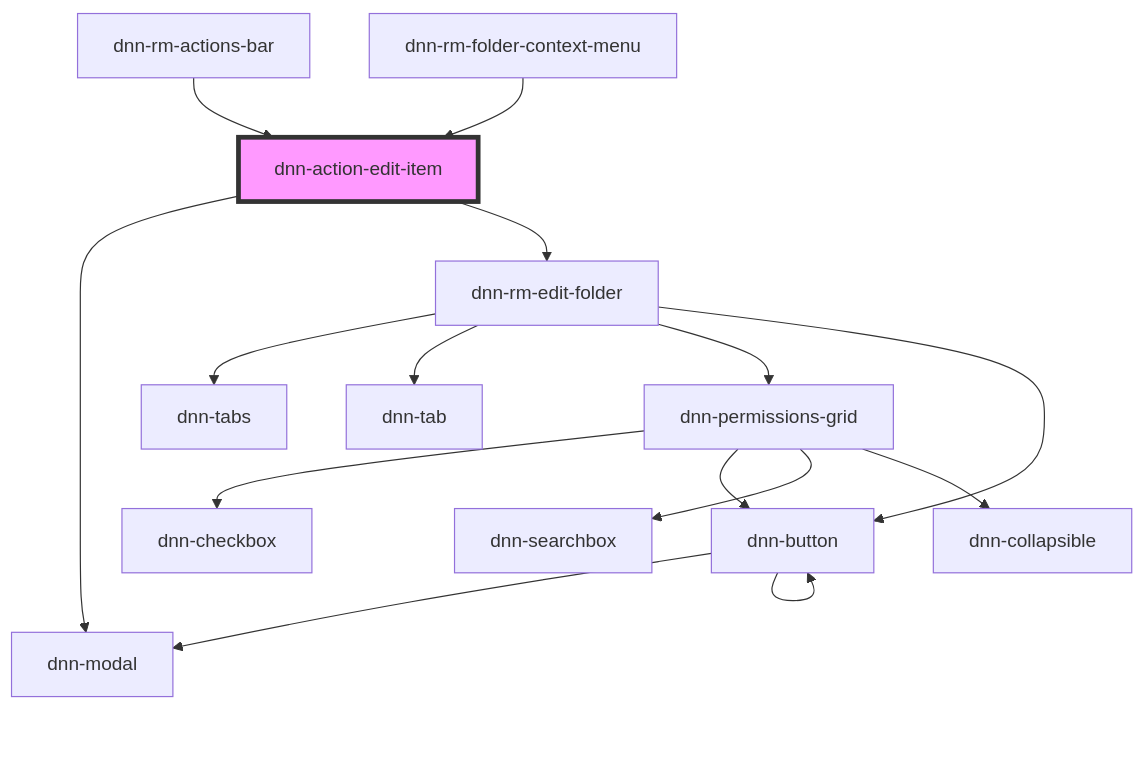
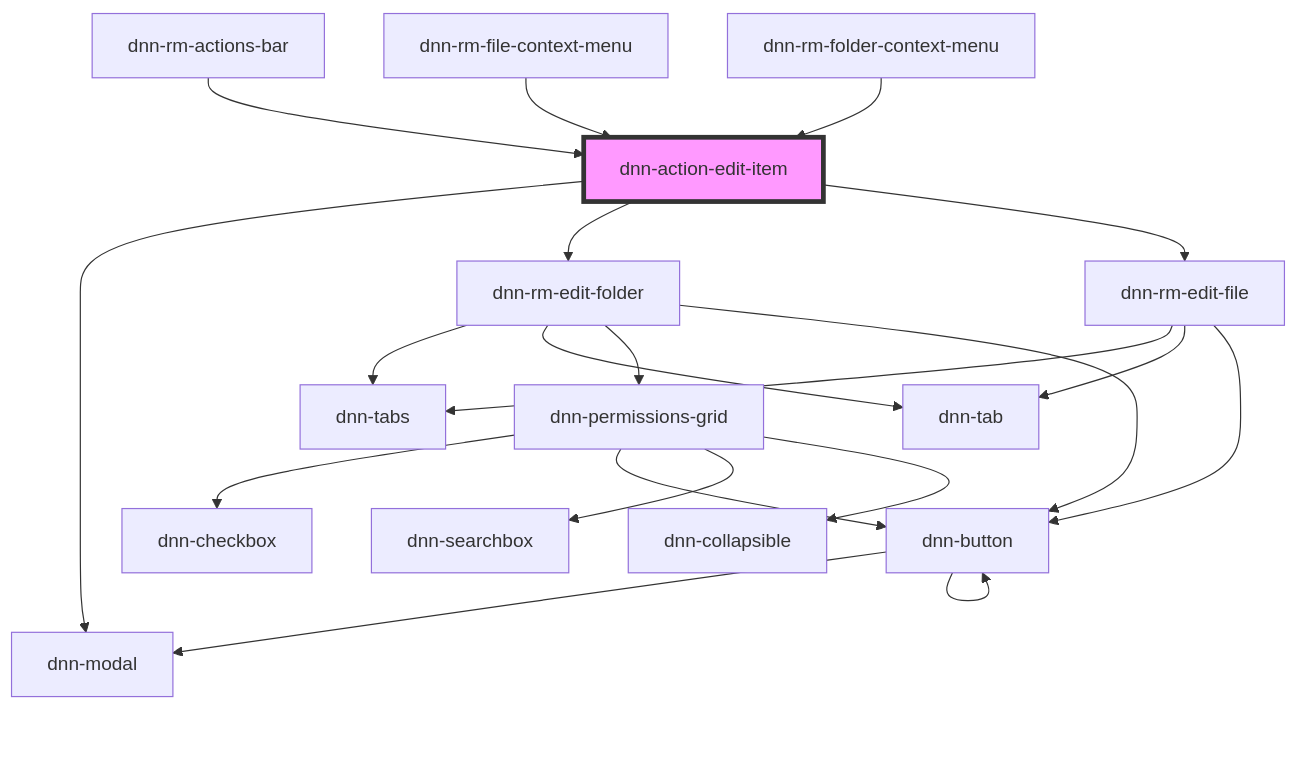
One commit to dnnsoftware/Dnn.Platform changed the diagram in DNN Platform/Modules/ResourceManager/ResourceManager.Web/src/components/actions/dnn-action-edit-item/readme.md. Above: the diagram before and after it, drawn with Mermaid. The commit also changed other lines of this file and 23 other files, not shown here.

````diff
--- a/DNN Platform/Modules/ResourceManager/ResourceManager.Web/src/components/actions/dnn-action-edit-item/readme.md
+++ b/DNN Platform/Modules/ResourceManager/ResourceManager.Web/src/components/actions/dnn-action-edit-item/readme.md
@@ -28,18 +30,23 @@
 ```mermaid
 graph TD;
   dnn-action-edit-item --> dnn-modal
   dnn-action-edit-item --> dnn-rm-edit-folder
+  dnn-action-edit-item --> dnn-rm-edit-file
   dnn-rm-edit-folder --> dnn-tabs
   dnn-rm-edit-folder --> dnn-tab
   dnn-rm-edit-folder --> dnn-permissions-grid
   dnn-rm-edit-folder --> dnn-button
   dnn-permissions-grid --> dnn-checkbox
   dnn-permissions-grid --> dnn-button
   dnn-permissions-grid --> dnn-searchbox
   dnn-permissions-grid --> dnn-collapsible
   dnn-button --> dnn-modal
   dnn-button --> dnn-button
+  dnn-rm-edit-file --> dnn-tabs
+  dnn-rm-edit-file --> dnn-tab
+  dnn-rm-edit-file --> dnn-button
   dnn-rm-actions-bar --> dnn-action-edit-item
+  dnn-rm-file-context-menu --> dnn-action-edit-item
   dnn-rm-folder-context-menu --> dnn-action-edit-item
   style dnn-action-edit-item fill:#f9f,stroke:#333,stroke-width:4px
 ```
````
